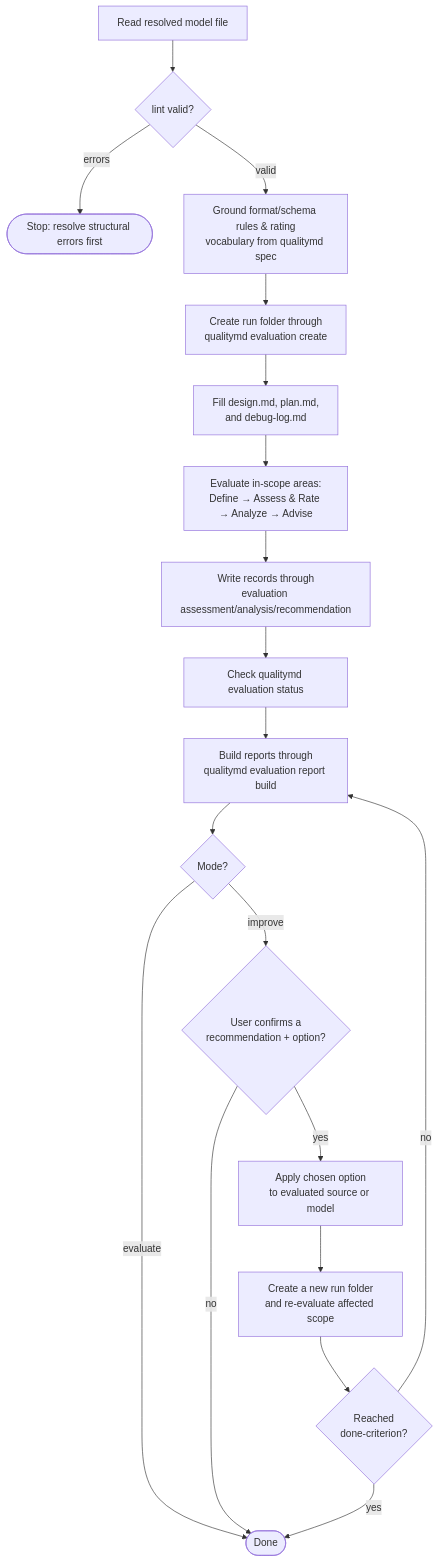
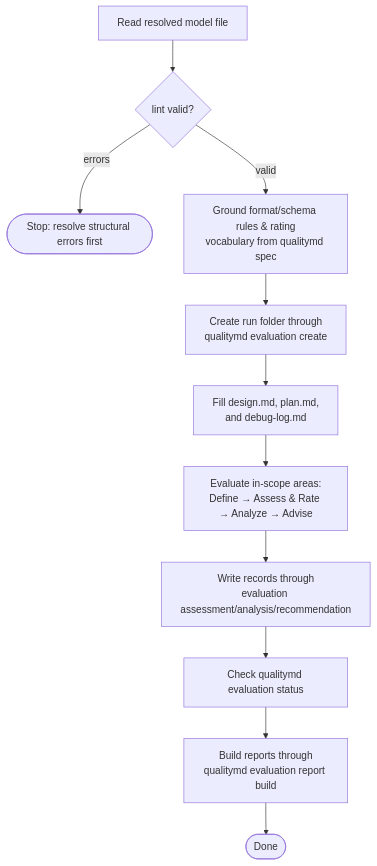
The diagram in specs/skills/quality-skill/evaluation.md (qualitymd/quality.md), drawn with Mermaid before and after one commit. The commit also changed other lines of this file and 32 other files, not shown here.

Commit message:
Remove quality improve mode

````diff
--- a/specs/skills/quality-skill/evaluation.md
+++ b/specs/skills/quality-skill/evaluation.md
@@ -48,21 +48,13 @@
 ```mermaid
 flowchart TD
     Read[Read resolved model file] --> Lint{lint valid?}
     Lint -->|errors| Stop([Stop: resolve structural errors first])
     Lint -->|valid| Ground[Ground format/schema rules &amp; rating<br/>vocabulary from qualitymd spec]
     Ground --> Run[Create run folder through<br/>qualitymd evaluation create]
     Run --> Plan[Fill design.md, plan.md,<br/>and debug-log.md]
     Plan --> Eval[Evaluate in-scope areas:<br/>Define → Assess &amp; Rate → Analyze → Advise]
     Eval --> Records[Write records through<br/>evaluation assessment/analysis/recommendation]
     Records --> Status[Check qualitymd evaluation status]
     Status --> Report[Build reports through<br/>qualitymd evaluation report build]
-    Report --> Mode{Mode?}
-    Mode -->|evaluate| Done([Done])
-    Mode -->|improve| Confirm{User confirms a<br/>recommendation + option?}
-    Confirm -->|no| Done
-    Confirm -->|yes| Apply[Apply chosen option<br/>to evaluated source or model]
-    Apply --> ReEval[Create a new run folder<br/>and re-evaluate affected scope]
-    ReEval --> Criterion{Reached<br/>done-criterion?}
-    Criterion -->|yes| Done
-    Criterion -->|no| Report
+    Report --> Done([Done])
 ```
````
